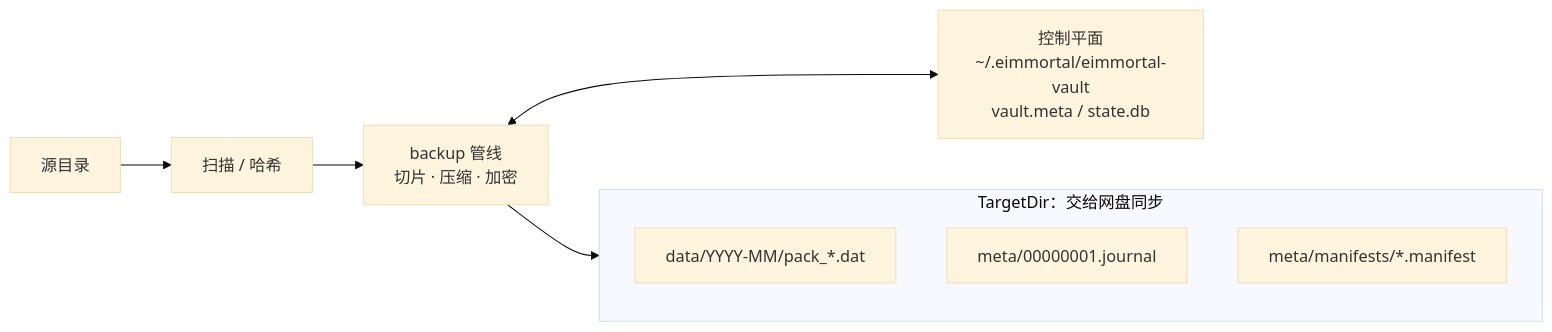
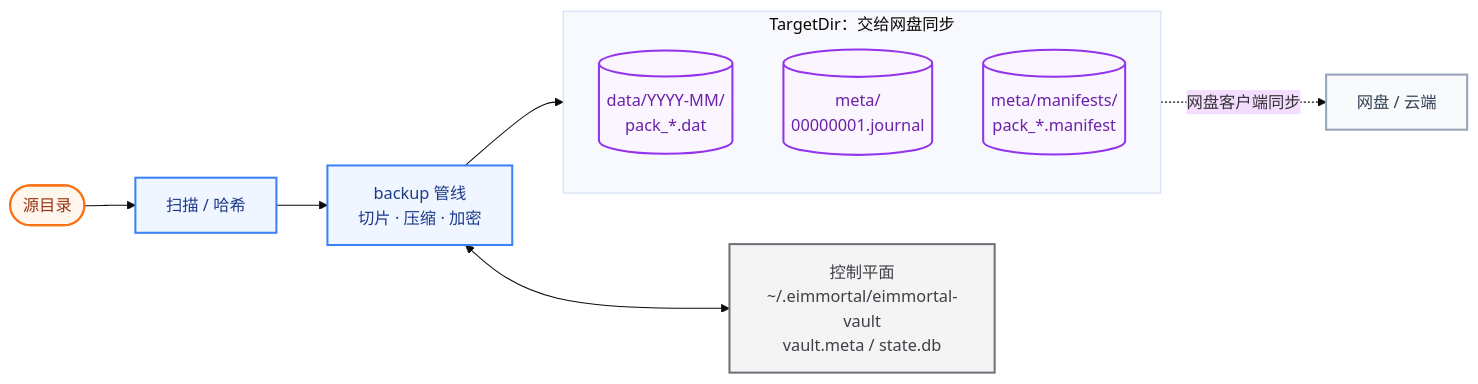
Before and after one commit to tangthinker/encry-immortals: the first of 4 diagrams in README.md, drawn with Mermaid (base theme). The commit also changed other lines of this file, not shown here.

First line of the commit message:
docs: give README diagrams semantic roles and clearer flow

````diff
--- a/README.md
+++ b/README.md
@@ -24,15 +26,27 @@
 ```mermaid
 flowchart LR
-    SRC["源目录"] --> SCAN["扫描 / 哈希"]
+    SRC(["源目录"]) --> SCAN["扫描 / 哈希"]
     SCAN --> BACKUP["backup 管线<br/>切片 · 压缩 · 加密"]
 
     subgraph TARGET["TargetDir：交给网盘同步"]
         direction TB
-        DATA["data/YYYY-MM/pack_*.dat"]
-        JOURNAL["meta/00000001.journal"]
-        MANIFEST["meta/manifests/*.manifest"]
+        DATA[("data/YYYY-MM/<br/>pack_*.dat")]
+        JOURNAL[("meta/<br/>00000001.journal")]
+        MANIFEST[("meta/manifests/<br/>pack_*.manifest")]
     end
 
     BACKUP --> TARGET
     BACKUP <--> VAULT["控制平面<br/>~/.eimmortal/eimmortal-vault<br/>vault.meta / state.db"]
+    TARGET -.->|网盘客户端同步| CLOUD["网盘 / 云端"]
+
+    classDef entry fill:#FFF7ED,stroke:#F97316,stroke-width:2px,color:#9A3412
+    classDef process fill:#EFF6FF,stroke:#3B82F6,stroke-width:2px,color:#1E3A8A
+    classDef storage fill:#FAF5FF,stroke:#9333EA,stroke-width:2px,color:#6B21A8
+    classDef local fill:#F4F4F5,stroke:#71717A,stroke-width:2px,color:#3F3F46
+    classDef cloud fill:#F8FAFC,stroke:#94A3B8,stroke-width:2px,color:#334155
+    class SRC entry
+    class SCAN,BACKUP process
+    class DATA,JOURNAL,MANIFEST storage
+    class VAULT local
+    class CLOUD cloud
 ```
````
